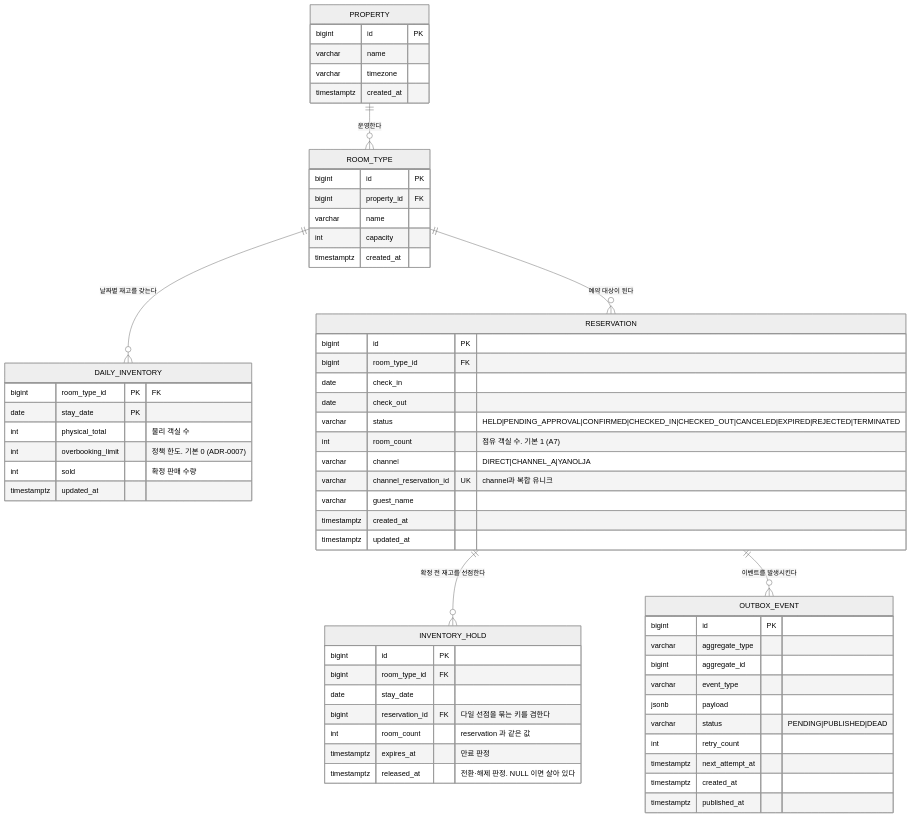
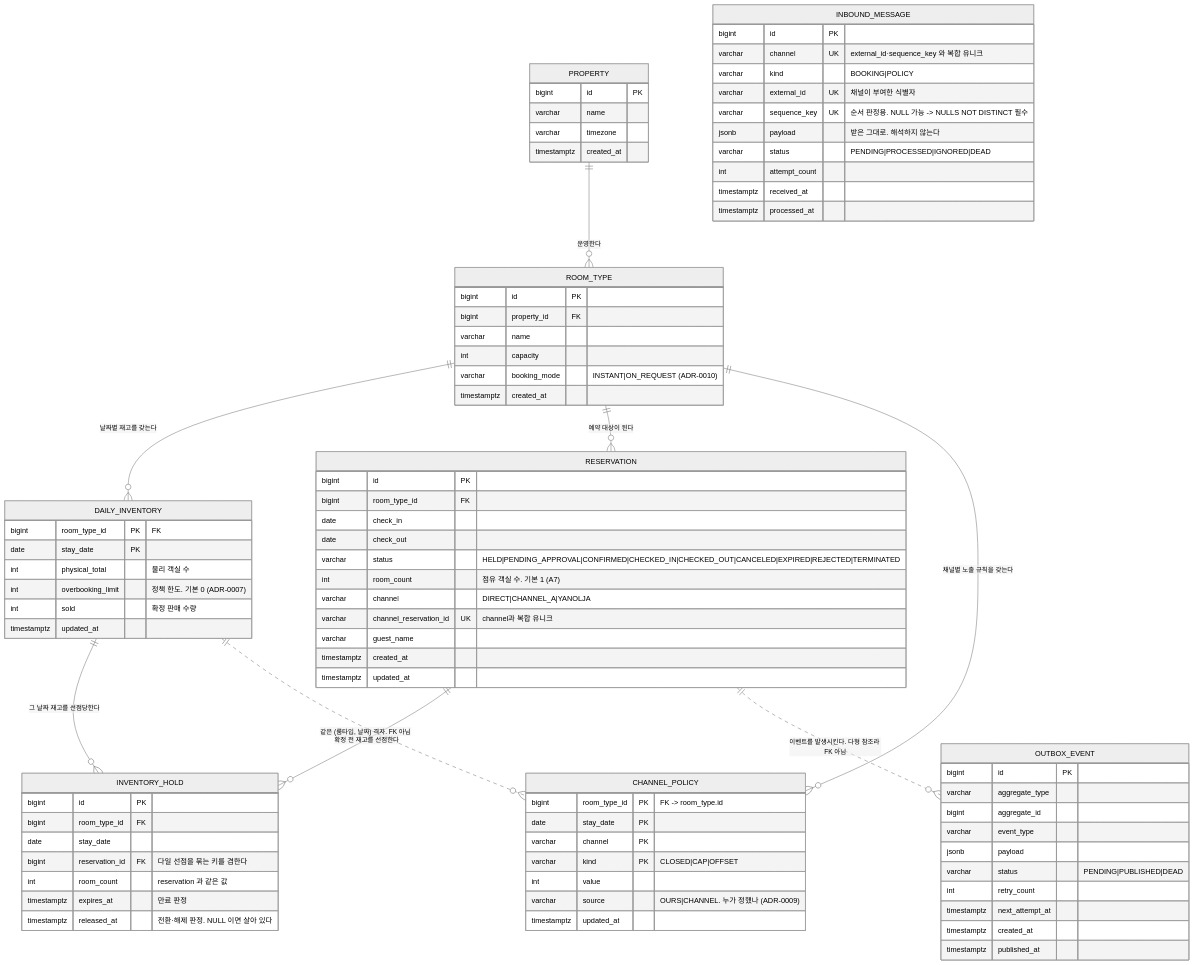
The first of 2 diagrams in docs/01-domain-model.md (PreAgile/stay-inventory-sync), drawn with Mermaid (neutral theme) before and after one commit. The commit also changed other lines of this file and 2 other files, not shown here.

First line of the commit message:
docs: ERD 를 8개 테이블로 맞추고 README 에 데이터 모델을 노출한다 (#42)

````diff
--- a/docs/01-domain-model.md
+++ b/docs/01-domain-model.md
@@ -8,7 +8,10 @@
     ROOM_TYPE ||--o{ DAILY_INVENTORY : "날짜별 재고를 갖는다"
     ROOM_TYPE ||--o{ RESERVATION : "예약 대상이 된다"
     RESERVATION ||--o{ INVENTORY_HOLD : "확정 전 재고를 선점한다"
-    RESERVATION ||--o{ OUTBOX_EVENT : "이벤트를 발생시킨다"
+    RESERVATION ||..o{ OUTBOX_EVENT : "이벤트를 발생시킨다. 다형 참조라 FK 아님"
+    ROOM_TYPE ||--o{ CHANNEL_POLICY : "채널별 노출 규칙을 갖는다"
+    DAILY_INVENTORY ||--o{ INVENTORY_HOLD : "그 날짜 재고를 선점당한다"
+    DAILY_INVENTORY ||..o{ CHANNEL_POLICY : "같은 (룸타입, 날짜) 격자. FK 아님"
 
     PROPERTY {
         bigint   id PK
@@ -22,6 +25,7 @@
         bigint   property_id FK
         varchar  name
         int      capacity
+        varchar  booking_mode "INSTANT|ON_REQUEST (ADR-0010)"
         timestamptz created_at
     }
 
@@ -70,4 +74,27 @@
         timestamptz created_at
         timestamptz published_at
     }
+
+    CHANNEL_POLICY {
+        bigint   room_type_id PK "FK -> room_type.id"
+        date     stay_date    PK
+        varchar  channel      PK
+        varchar  kind         PK "CLOSED|CAP|OFFSET"
+        int      value
+        varchar  source       "OURS|CHANNEL. 누가 정했나 (ADR-0009)"
+        timestamptz updated_at
+    }
+
+    INBOUND_MESSAGE {
+        bigint   id PK
+        varchar  channel      UK "external_id·sequence_key 와 복합 유니크"
+        varchar  kind         "BOOKING|POLICY"
+        varchar  external_id  UK "채널이 부여한 식별자"
+        varchar  sequence_key UK "순서 판정용. NULL 가능 -> NULLS NOT DISTINCT 필수"
+        jsonb    payload      "받은 그대로. 해석하지 않는다"
+        varchar  status       "PENDING|PROCESSED|IGNORED|DEAD"
+        int      attempt_count
+        timestamptz received_at
+        timestamptz processed_at
+    }
 ```
````
